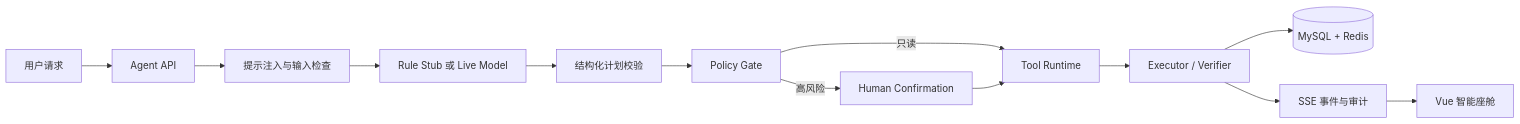
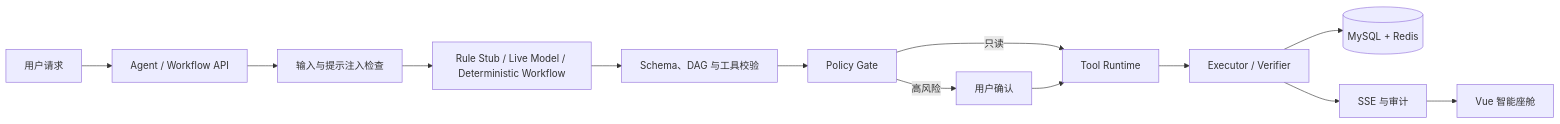
One commit to fanhualuoxianting/roadmind-agent changed the diagram in README.md. Above: the diagram before and after it, drawn with Mermaid. The commit also changed other lines of this file and 23 other files, not shown here.

````diff
--- a/README.md
+++ b/README.md
@@ -36,15 +37,15 @@
 ```mermaid
 flowchart LR
-    U[用户请求] --> A[Agent API]
-    A --> R[提示注入与输入检查]
-    R --> P[Rule Stub 或 Live Model]
-    P --> V[结构化计划校验]
+    U[用户请求] --> A[Agent / Workflow API]
+    A --> R[输入与提示注入检查]
+    R --> P[Rule Stub / Live Model / Deterministic Workflow]
+    P --> V[Schema、DAG 与工具校验]
     V --> G[Policy Gate]
     G -->|只读| T[Tool Runtime]
-    G -->|高风险| H[Human Confirmation]
+    G -->|高风险| H[用户确认]
     H --> T
     T --> X[Executor / Verifier]
     X --> S[(MySQL + Redis)]
-    X --> E[SSE 事件与审计]
+    X --> E[SSE 与审计]
     E --> W[Vue 智能座舱]
 ```
````
